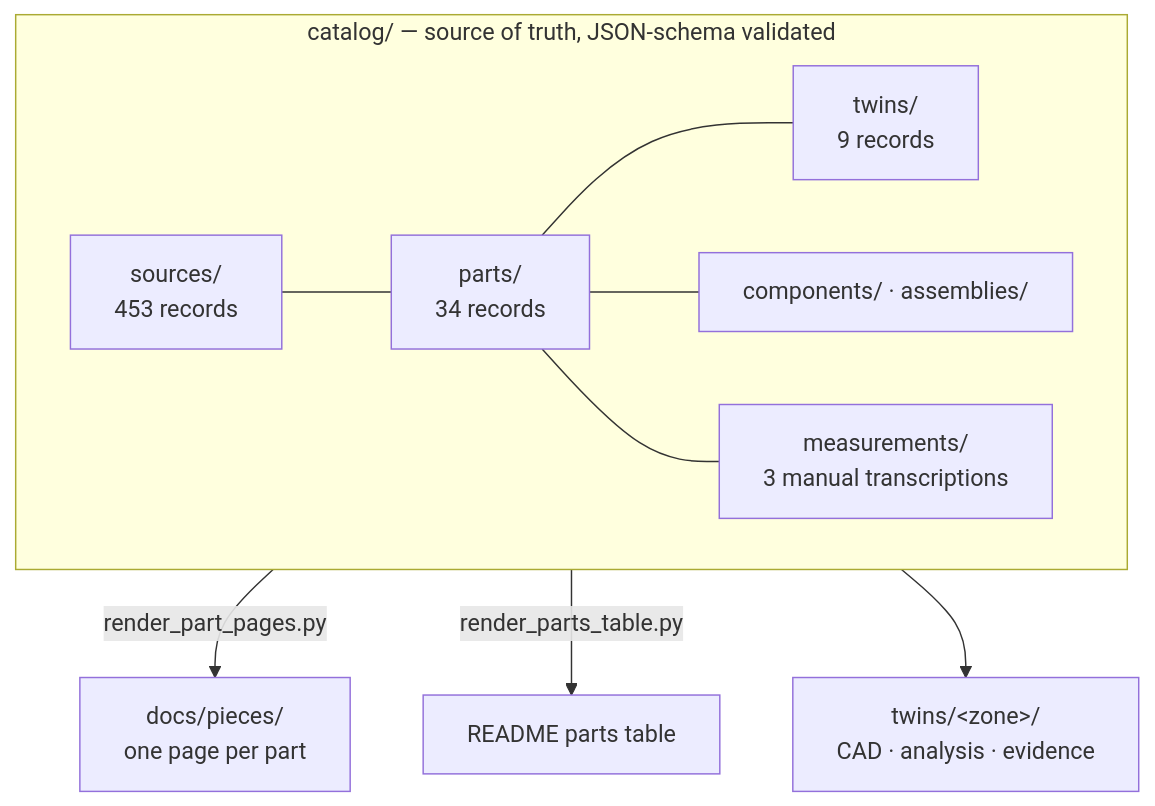
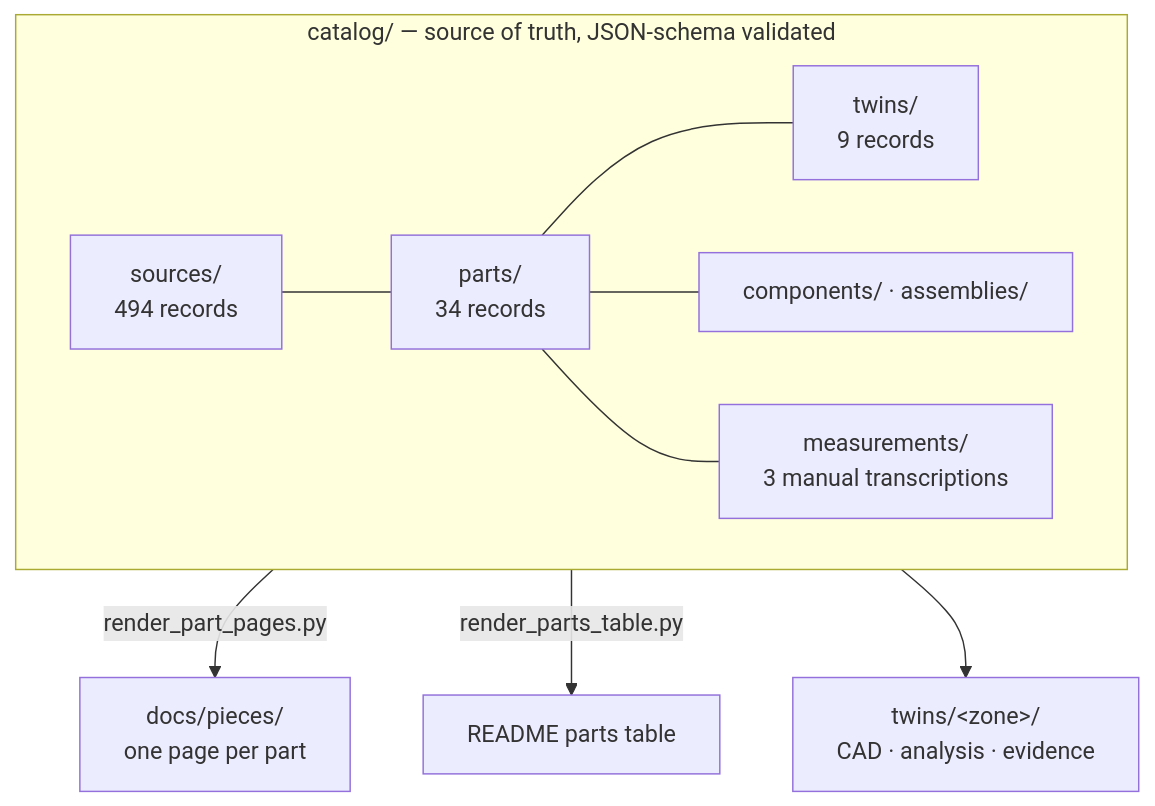
The fourth of 4 diagrams in README.md (cluster2600/porscheparts), drawn with Mermaid before and after one commit. The commit also changed other lines of this file and 68 other files, not shown here.

````diff
--- a/README.md
+++ b/README.md
@@ -370,13 +370,13 @@
 ```mermaid
 flowchart TB
     subgraph catalog["catalog/ — source of truth, JSON-schema validated"]
       direction LR
-      src["sources/<br/>453 records"] --- prt["parts/<br/>34 records"]
+      src["sources/<br/>494 records"] --- prt["parts/<br/>34 records"]
       prt --- tw["twins/<br/>9 records"]
       prt --- cmp["components/ · assemblies/"]
       prt --- mea["measurements/<br/>3 manual transcriptions"]
     end
     prt -- "render_part_pages.py" --> pages["docs/pieces/<br/>one page per part"]
     prt -- "render_parts_table.py" --> table["README parts table"]
     tw --> twins["twins/&lt;zone&gt;/<br/>CAD · analysis · evidence"]
 ```
````
